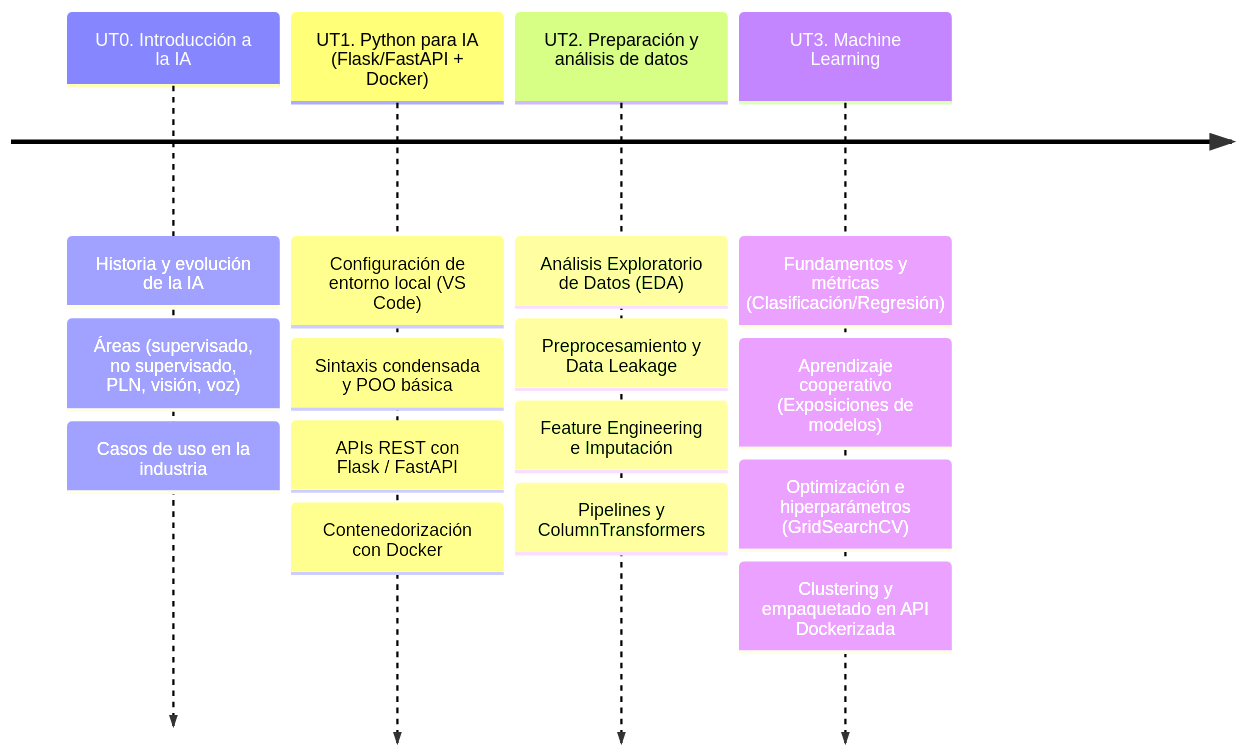
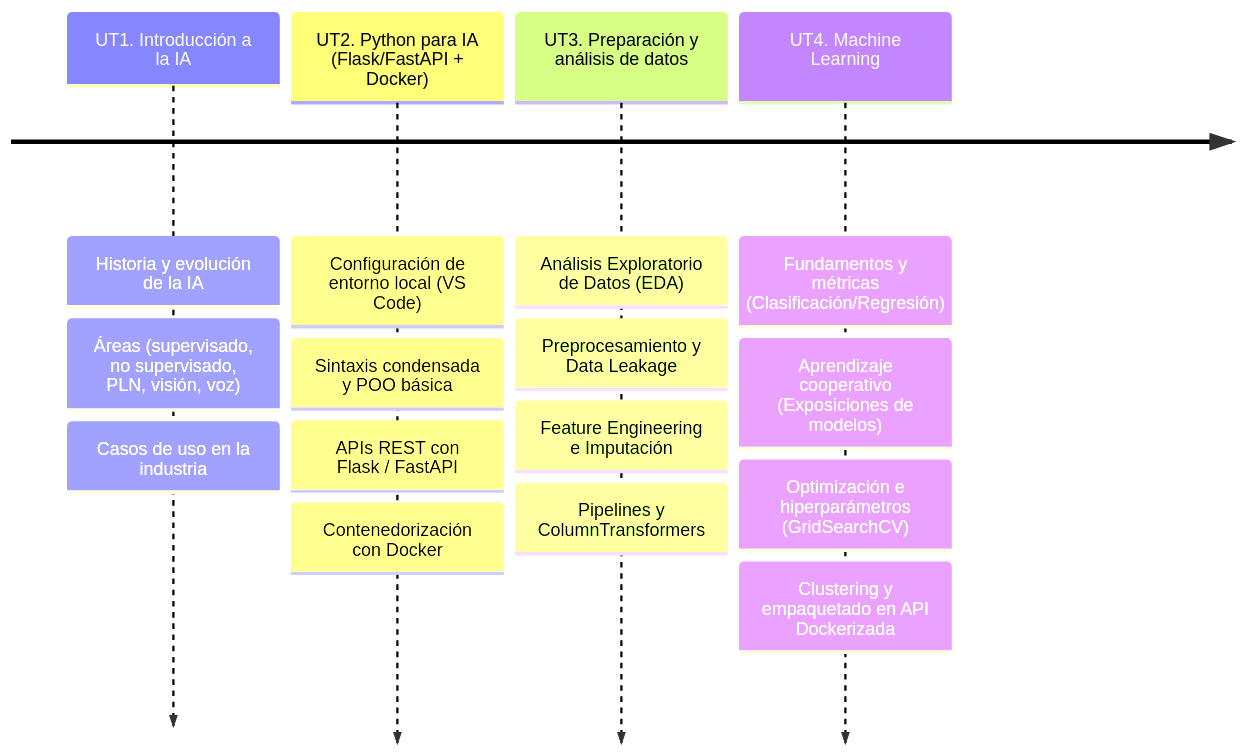
One commit to acamarac02/DevTacora changed the first of 3 diagrams in docs/02_pia_2627/index.md. Above: the diagram before and after it, drawn with Mermaid. The commit also changed other lines of this file and 2 other files, not shown here.

````diff
--- a/docs/02_pia_2627/index.md
+++ b/docs/02_pia_2627/index.md
@@ -46,26 +46,26 @@
 ```mermaid
 ---
 config:
   theme: default
 ---
 timeline
-    UT0. Introducción a la IA
+    UT1. Introducción a la IA
       : Historia y evolución de la IA
       : Áreas (supervisado, no supervisado, PLN, visión, voz)
       : Casos de uso en la industria
-    UT1. Python para IA (Flask/FastAPI + Docker)
+    UT2. Python para IA (Flask/FastAPI + Docker)
       : Configuración de entorno local (VS Code)
       : Sintaxis condensada y POO básica
       : APIs REST con Flask / FastAPI
       : Contenedorización con Docker
-    UT2. Preparación y análisis de datos
+    UT3. Preparación y análisis de datos
       : Análisis Exploratorio de Datos (EDA)
       : Preprocesamiento y Data Leakage
       : Feature Engineering e Imputación
       : Pipelines y ColumnTransformers
-    UT3. Machine Learning
+    UT4. Machine Learning
       : Fundamentos y métricas (Clasificación/Regresión)
       : Aprendizaje cooperativo (Exposiciones de modelos)
       : Optimización e hiperparámetros (GridSearchCV)
       : Clustering y empaquetado en API Dockerizada
 ```
````
